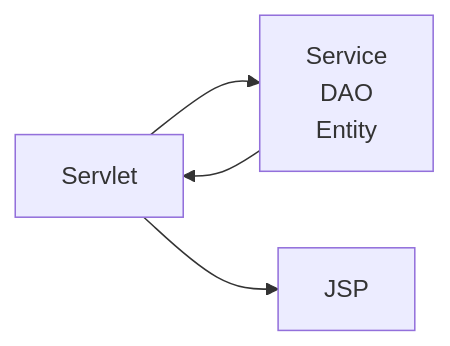
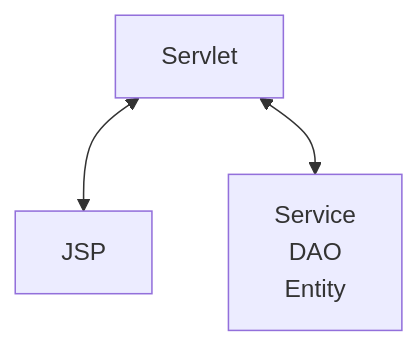
The second of 7 diagrams in 04_web-application/04_mvc.md (shunikd/terasoluna-training), drawn with Mermaid before and after one commit. The commit also changed other lines of this file and 1 other file, not shown here.

````diff
--- a/04_web-application/04_mvc.md
+++ b/04_web-application/04_mvc.md
@@ -61,15 +48,14 @@
 ```mermaid
-flowchart LR
+flowchart TD
 
     Controller["Servlet"]
 
     Model["Service<br/>DAO<br/>Entity"]
 
     View["JSP"]
 
-    Controller --> Model
+    Controller <--> View
 
-    Model --> Controller
+    Controller <--> Model
 
-    Controller --> View
 ```
````
